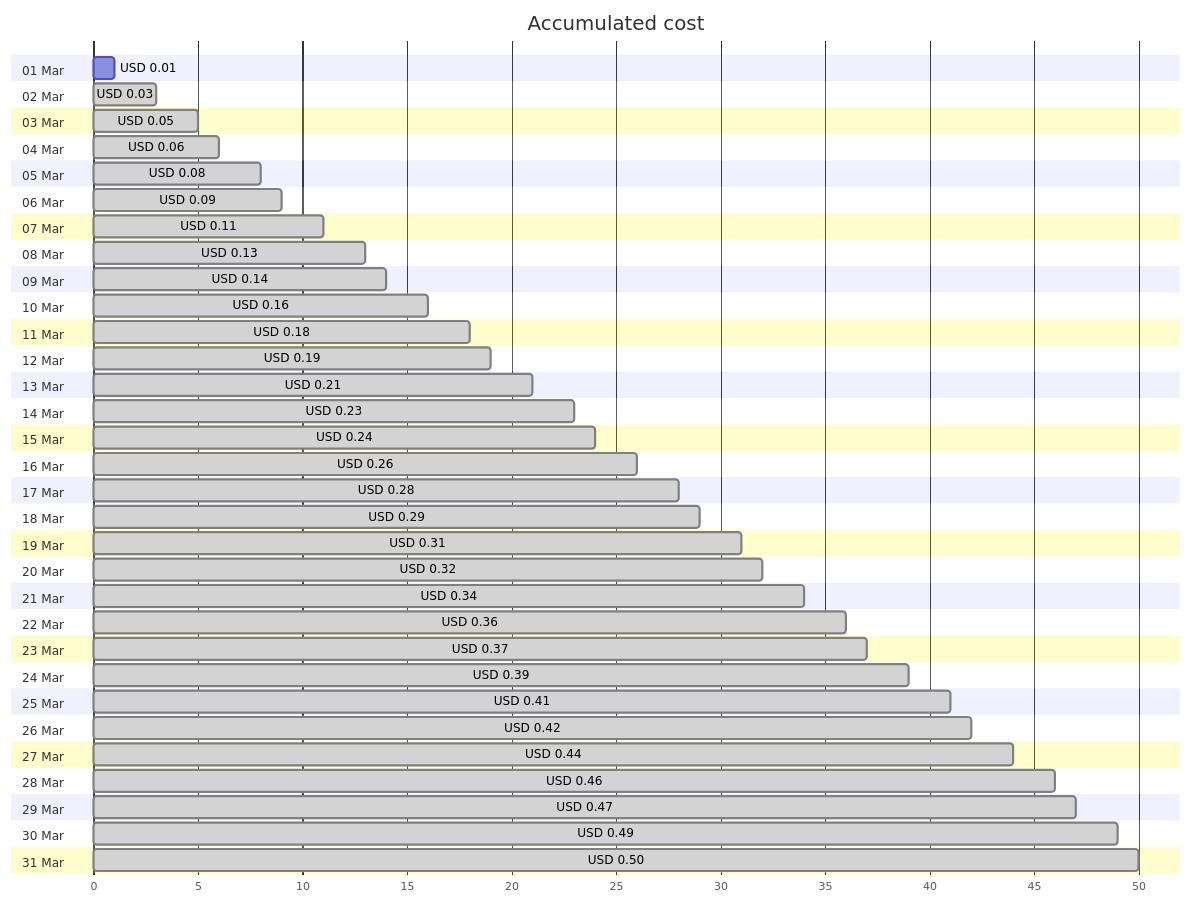
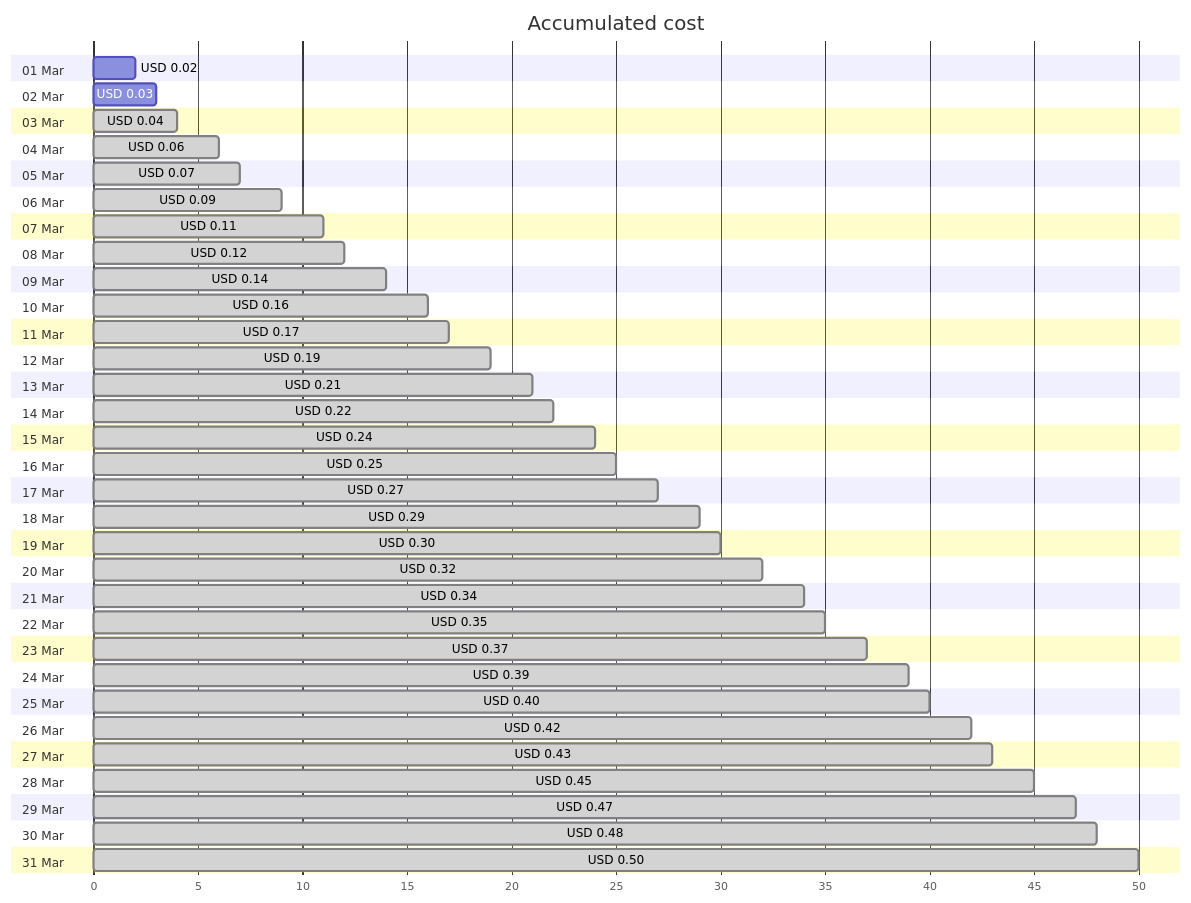
Before and after one commit to jpfulton/azure-personal-reports: the first of 4 diagrams in cost-reports/personal-dns/jpatrickfulton.com.md, drawn with Mermaid. The commit also changed other lines of this file and 2 other files, not shown here.

Commit message:
Generated reports [skip ci]

````diff
--- a/cost-reports/personal-dns/jpatrickfulton.com.md
+++ b/cost-reports/personal-dns/jpatrickfulton.com.md
@@ -20,68 +20,68 @@
 ```mermaid
 gantt
    title Accumulated cost
    dateFormat  X
    axisFormat %s
    section 01 Mar
-   USD 0.01 :0, 1
+   USD 0.02 :0, 2
    section 02 Mar
-   USD 0.03 : done, 0, 3
+   USD 0.03 :0, 3
    section 03 Mar
-   USD 0.05 : done, 0, 5
+   USD 0.04 : done, 0, 4
    section 04 Mar
    USD 0.06 : done, 0, 6
    section 05 Mar
-   USD 0.08 : done, 0, 8
+   USD 0.07 : done, 0, 7
    section 06 Mar
    USD 0.09 : done, 0, 9
    section 07 Mar
    USD 0.11 : done, 0, 11
    section 08 Mar
-   USD 0.13 : done, 0, 13
+   USD 0.12 : done, 0, 12
    section 09 Mar
    USD 0.14 : done, 0, 14
    section 10 Mar
    USD 0.16 : done, 0, 16
    section 11 Mar
-   USD 0.18 : done, 0, 18
+   USD 0.17 : done, 0, 17
    section 12 Mar
    USD 0.19 : done, 0, 19
    section 13 Mar
    USD 0.21 : done, 0, 21
    section 14 Mar
-   USD 0.23 : done, 0, 23
+   USD 0.22 : done, 0, 22
    section 15 Mar
    USD 0.24 : done, 0, 24
    section 16 Mar
-   USD 0.26 : done, 0, 26
+   USD 0.25 : done, 0, 25
    section 17 Mar
-   USD 0.28 : done, 0, 28
+   USD 0.27 : done, 0, 27
    section 18 Mar
    USD 0.29 : done, 0, 29
    section 19 Mar
-   USD 0.31 : done, 0, 31
+   USD 0.30 : done, 0, 30
    section 20 Mar
    USD 0.32 : done, 0, 32
    section 21 Mar
    USD 0.34 : done, 0, 34
    section 22 Mar
-   USD 0.36 : done, 0, 36
+   USD 0.35 : done, 0, 35
    section 23 Mar
    USD 0.37 : done, 0, 37
    section 24 Mar
    USD 0.39 : done, 0, 39
    section 25 Mar
-   USD 0.41 : done, 0, 41
+   USD 0.40 : done, 0, 40
    section 26 Mar
    USD 0.42 : done, 0, 42
    section 27 Mar
-   USD 0.44 : done, 0, 44
+   USD 0.43 : done, 0, 43
    section 28 Mar
-   USD 0.46 : done, 0, 46
+   USD 0.45 : done, 0, 45
    section 29 Mar
    USD 0.47 : done, 0, 47
    section 30 Mar
-   USD 0.49 : done, 0, 49
+   USD 0.48 : done, 0, 48
    section 31 Mar
    USD 0.50 : done, 0, 50
 ```
````
